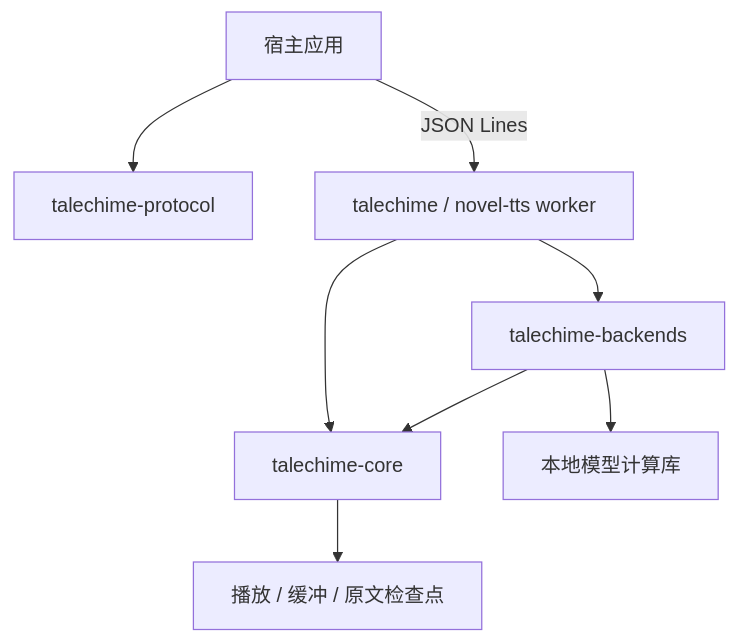
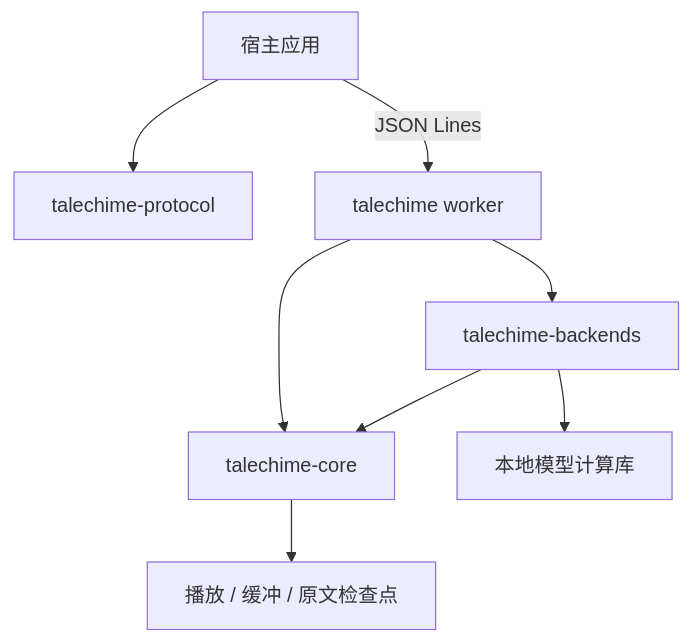
The diagram in docs/architecture.md (yexiyue/talechime), drawn with Mermaid before and after one commit. The commit also changed 8 other files, not shown here.

````diff
--- a/docs/architecture.md
+++ b/docs/architecture.md
@@ -5,10 +5,10 @@
 ```mermaid
 flowchart TD
     H[宿主应用] --> P[talechime-protocol]
-    H -->|JSON Lines| CLI[talechime / novel-tts worker]
+    H -->|JSON Lines| CLI[talechime worker]
     CLI --> CORE[talechime-core]
     CLI --> B[talechime-backends]
     B --> CORE
     B --> M[本地模型计算库]
     CORE --> AUDIO[播放 / 缓冲 / 原文检查点]
 ```
````
